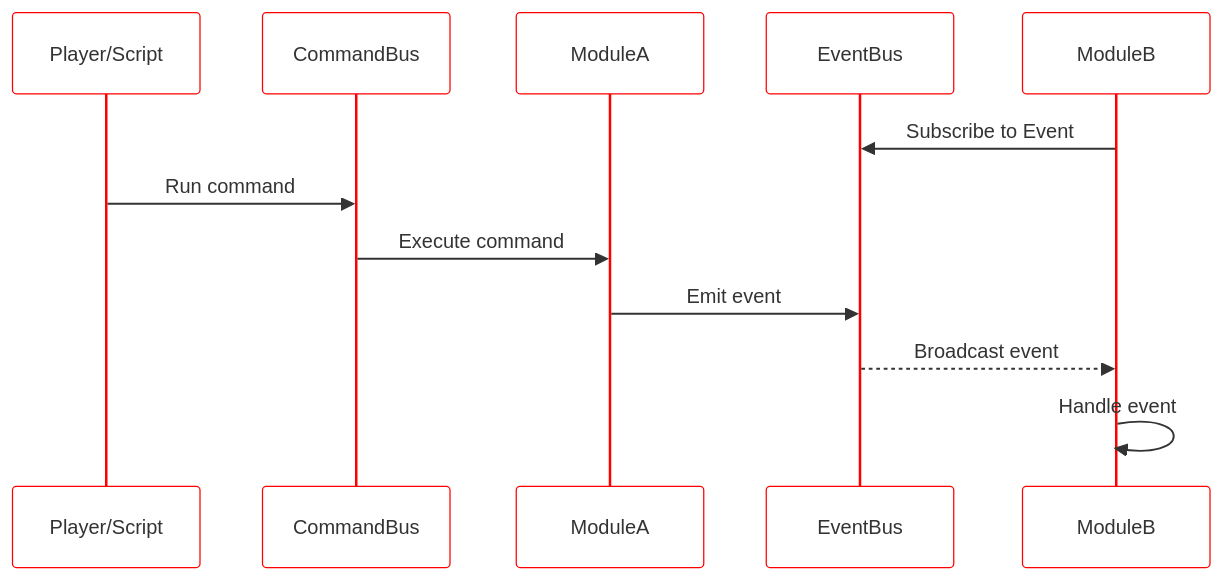
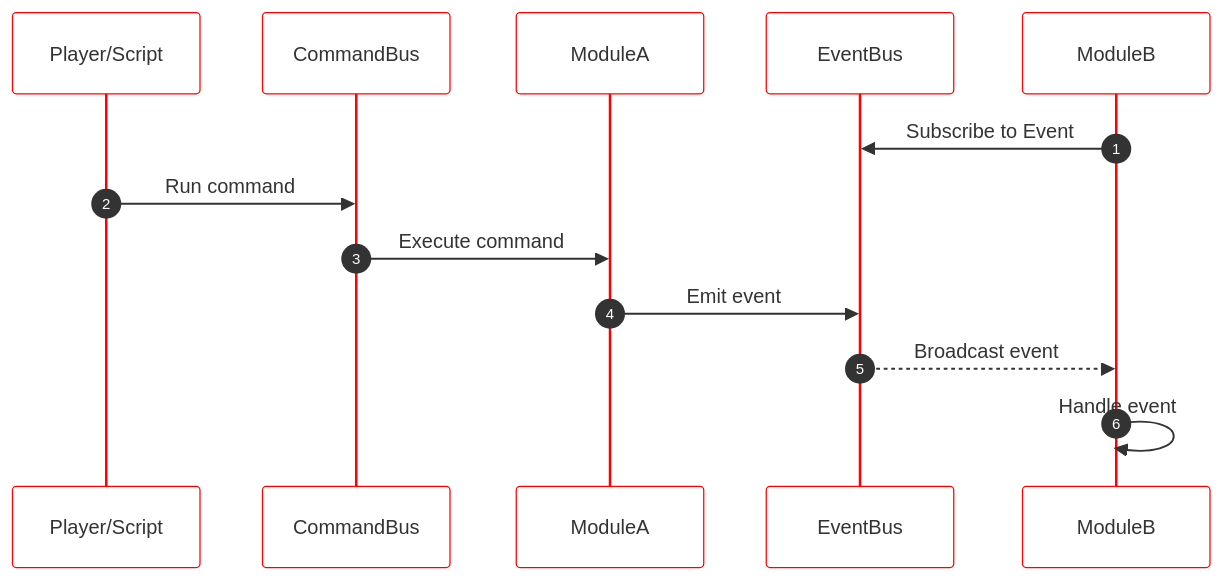
Before and after one commit to lukejamesmorrison/mother-docs: the third of 3 diagrams in docs/Framework/Developer/GettingStarted/ArchitectureOverview.md, drawn with Mermaid. The commit also changed other lines of this file and 40 other files, not shown here.

````diff
--- a/docs/Framework/Developer/GettingStarted/ArchitectureOverview.md
+++ b/docs/Framework/Developer/GettingStarted/ArchitectureOverview.md
@@ -188,33 +189,34 @@
 ```mermaid
 %%{
   init: {
     'theme': 'base',
     'themeVariables': {
         'primaryColor': '#BB2528',
         'primaryBorderColor': 'red',
         'mainBkg': 'white',
         'nodeBorder': 'red',
         'lineColor': 'black',
         'secondaryColor': 'white',
         'secondaryBorderColor': 'black',
         'tertiaryColor': '#F2F2F2',
         'tertiaryBorderColor': 'black'
     }
   }
 }%%
 
 sequenceDiagram
+    autonumber
     participant Player/Script
     participant CommandBus
     participant ModuleA
     participant EventBus
     participant ModuleB
 
     ModuleB->>EventBus: Subscribe to Event
 
     Player/Script->>CommandBus: Run command
     CommandBus->>ModuleA: Execute command
     ModuleA->>EventBus: Emit event
     EventBus-->>ModuleB: Broadcast event
     ModuleB->>ModuleB: Handle event
 ```
````
